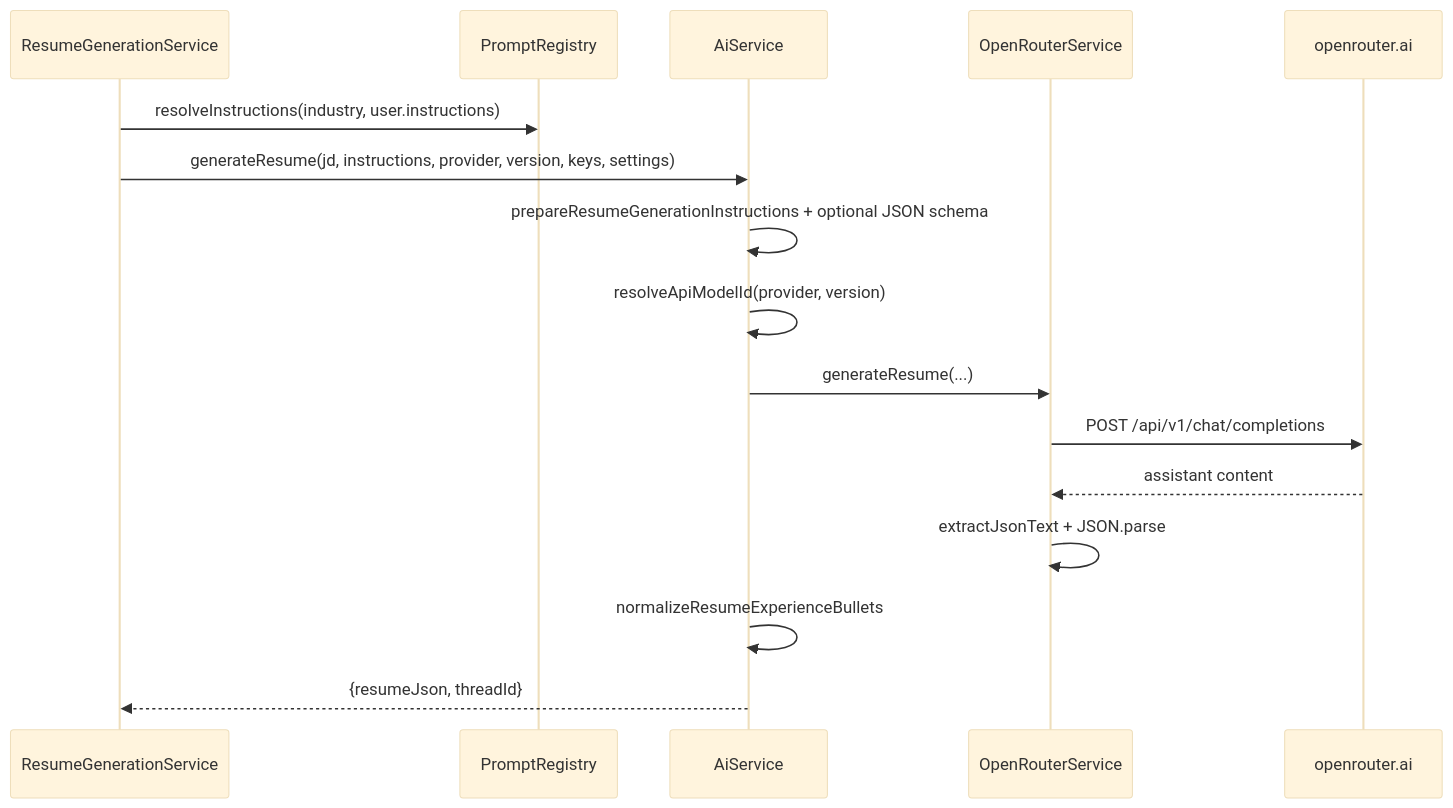
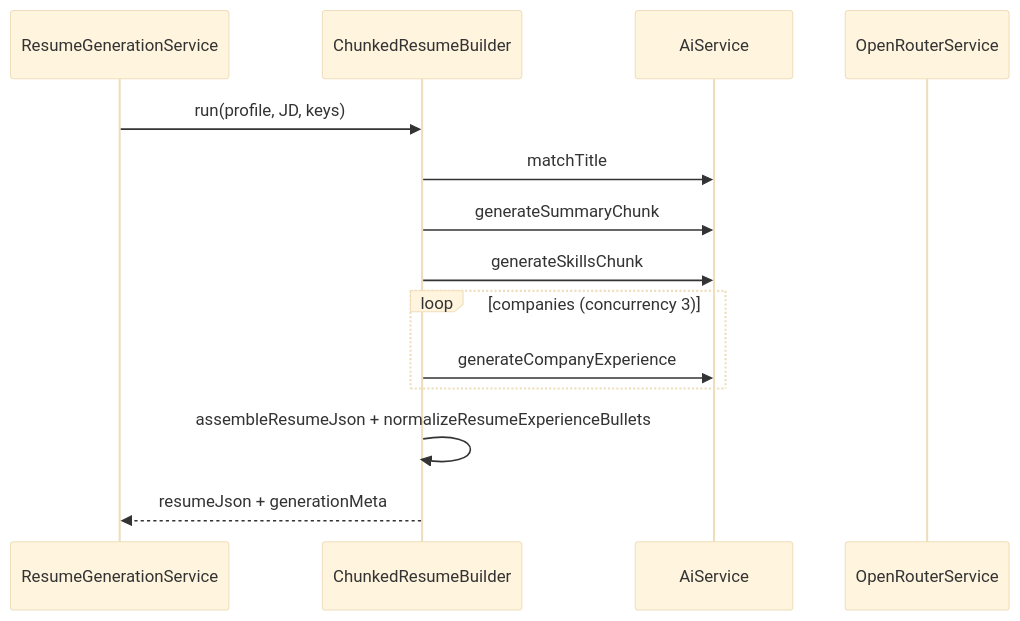
One commit to thcrafts/resume-builder-monorepo changed the diagram in docs/ai/workflow.md. Above: the diagram before and after it, drawn with Mermaid (base theme). The commit also changed other lines of this file and 93 other files, not shown here.

````diff
--- a/docs/ai/workflow.md
+++ b/docs/ai/workflow.md
@@ -22,19 +69,33 @@
 ```mermaid
+
 sequenceDiagram
+
   participant Gen as ResumeGenerationService
-  participant Reg as PromptRegistry
+
+  participant Orch as ChunkedResumeBuilder
+
   participant AI as AiService
+
   participant OR as OpenRouterService
-  participant API as openrouter.ai
 
-  Gen->>Reg: resolveInstructions(industry, user.instructions)
-  Gen->>AI: generateResume(jd, instructions, provider, version, keys, settings)
-  AI->>AI: prepareResumeGenerationInstructions + optional JSON schema
-  AI->>AI: resolveApiModelId(provider, version)
-  AI->>OR: generateResume(...)
-  OR->>API: POST /api/v1/chat/completions
-  API-->>OR: assistant content
-  OR->>OR: extractJsonText + JSON.parse
-  AI->>AI: normalizeResumeExperienceBullets
-  AI-->>Gen: {resumeJson, threadId}
+
+
+  Gen->>Orch: run(profile, JD, keys)
+
+  Orch->>AI: matchTitle
+
+  Orch->>AI: generateSummaryChunk
+
+  Orch->>AI: generateSkillsChunk
+
+  loop companies (concurrency 3)
+
+    Orch->>AI: generateCompanyExperience
+
+  end
+
+  Orch->>Orch: assembleResumeJson + normalizeResumeExperienceBullets
+
+  Orch-->>Gen: resumeJson + generationMeta
+
 ```
````
